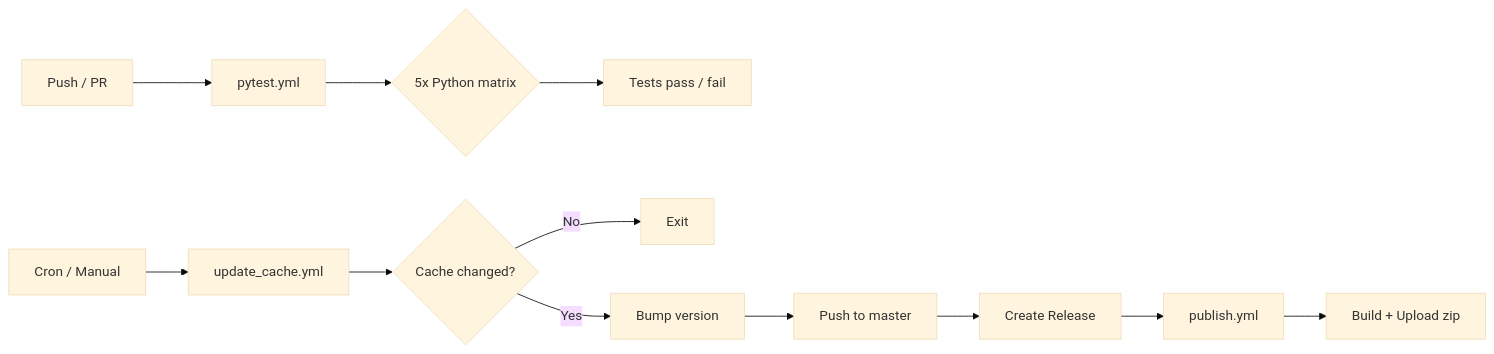
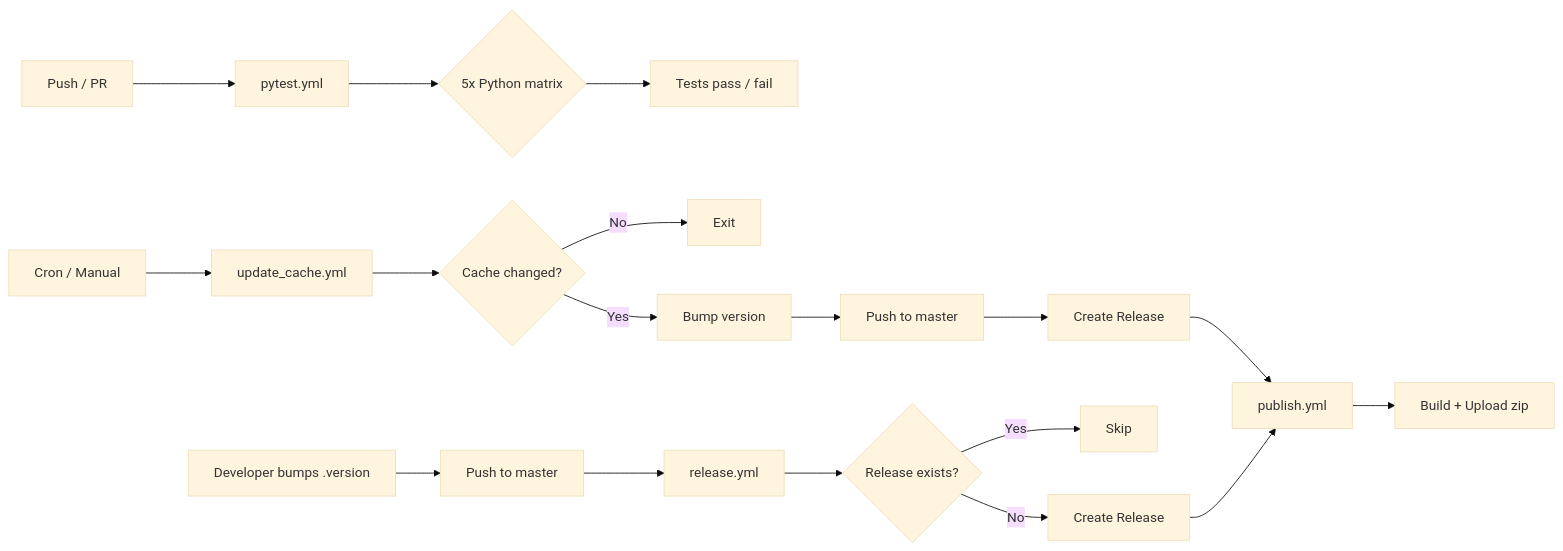
The second of 2 diagrams in .github/README.md (Satori-Analytics/pyenv-win), drawn with Mermaid (base theme) before and after one commit. The commit also changed other lines of this file and 1 other file, not shown here.

First line of the commit message:
ci: auto-create release on .version bump

````diff
--- a/.github/README.md
+++ b/.github/README.md
@@ -62,15 +69,22 @@
 ```mermaid
 flowchart LR
     A[Push / PR] --> B[pytest.yml]
     B --> C{5x Python matrix}
     C --> D[Tests pass / fail]
 
     E[Cron / Manual] --> F[update_cache.yml]
     F --> G{Cache changed?}
     G -- No --> H[Exit]
     G -- Yes --> I[Bump version]
     I --> J[Push to master]
     J --> K[Create Release]
     K --> L[publish.yml]
     L --> M[Build + Upload zip]
+
+    N[Developer bumps .version] --> O[Push to master]
+    O --> P[release.yml]
+    P --> Q{Release exists?}
+    Q -- Yes --> R[Skip]
+    Q -- No --> S[Create Release]
+    S --> L
 ```
````
